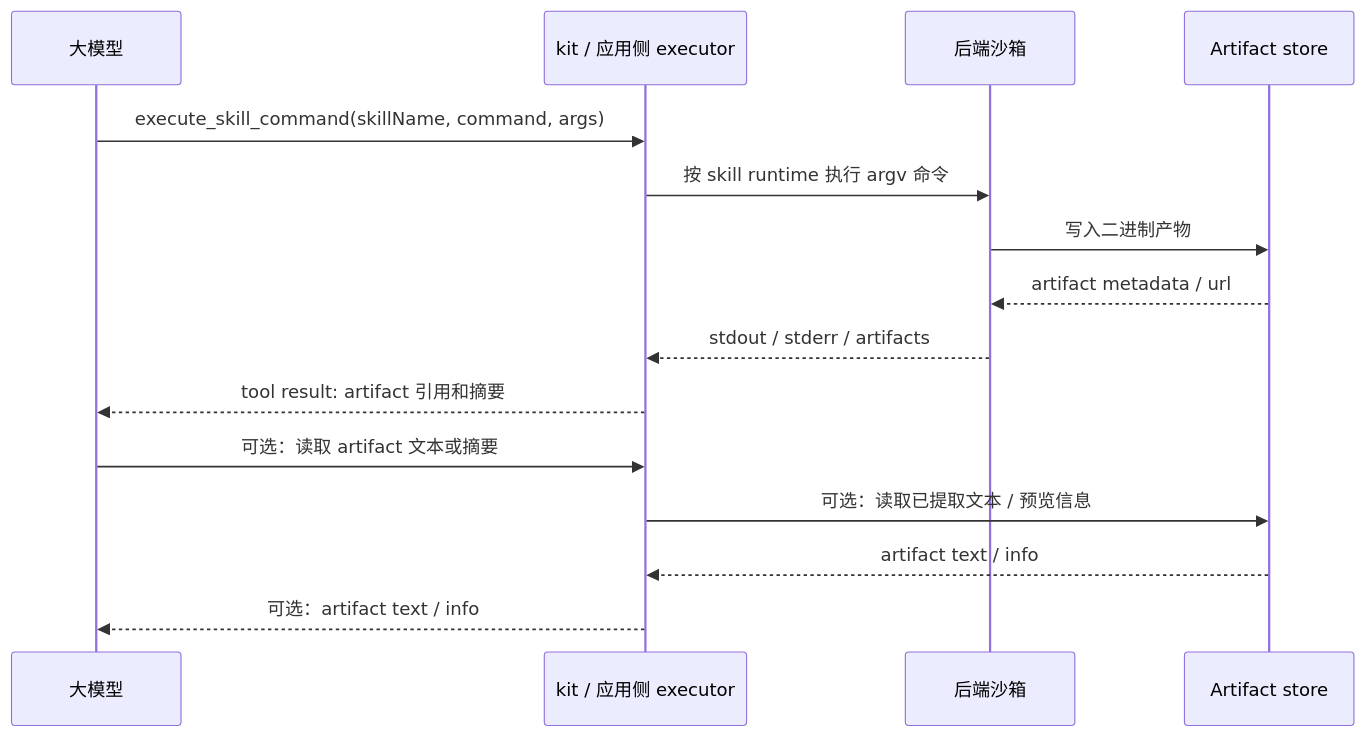
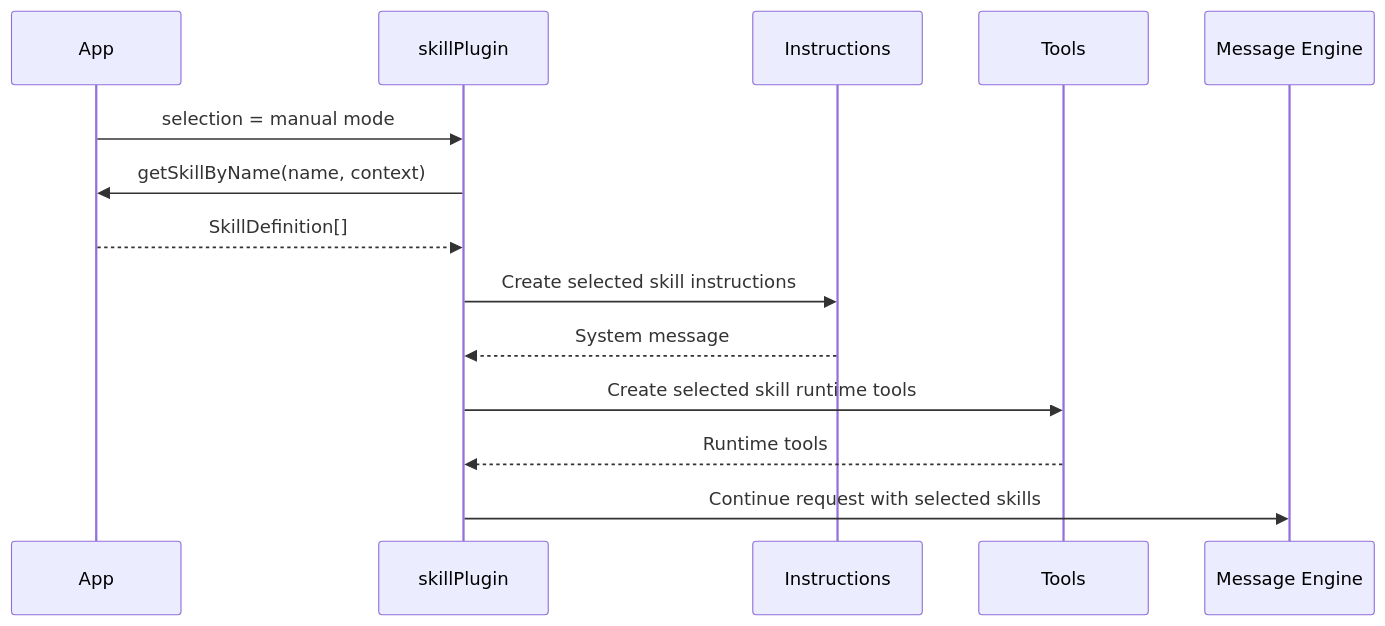
Before and after one commit to opentiny/tiny-robot: the first of 2 diagrams in packages/kit/src/skills/README.md, drawn with Mermaid. The commit also changed other lines of this file and 46 other files, not shown here.

````diff
--- a/packages/kit/src/skills/README.md
+++ b/packages/kit/src/skills/README.md
@@ -235,18 +184,17 @@
 ```mermaid
 sequenceDiagram
-  participant Model as 大模型
-  participant App as kit / 应用侧 executor
-  participant Sandbox as 后端沙箱
-  participant Store as Artifact store
+  participant App
+  participant Plugin as skillPlugin
+  participant Instructions
+  participant Tools
+  participant Engine as Message Engine
 
-  Model->>App: execute_skill_command(skillName, command, args)
-  App->>Sandbox: 按 skill runtime 执行 argv 命令
-  Sandbox->>Store: 写入二进制产物
-  Store-->>Sandbox: artifact metadata / url
-  Sandbox-->>App: stdout / stderr / artifacts
-  App-->>Model: tool result: artifact 引用和摘要
-  Model->>App: 可选：读取 artifact 文本或摘要
-  App->>Store: 可选：读取已提取文本 / 预览信息
-  Store-->>App: artifact text / info
-  App-->>Model: 可选：artifact text / info
+  App->>Plugin: selection = manual mode
+  Plugin->>App: getSkillByName(name, context)
+  App-->>Plugin: SkillDefinition[]
+  Plugin->>Instructions: Create selected skill instructions
+  Instructions-->>Plugin: System message
+  Plugin->>Tools: Create selected skill runtime tools
+  Tools-->>Plugin: Runtime tools
+  Plugin->>Engine: Continue request with selected skills
 ```
````
